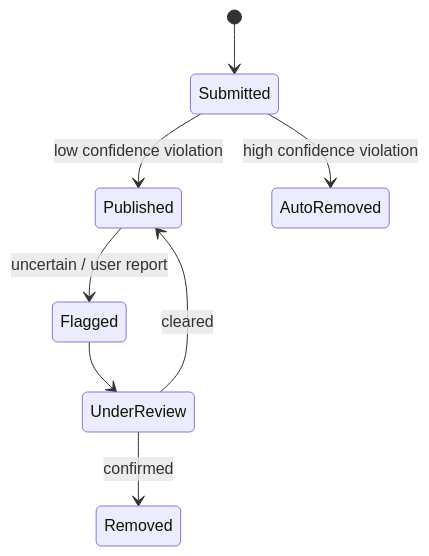
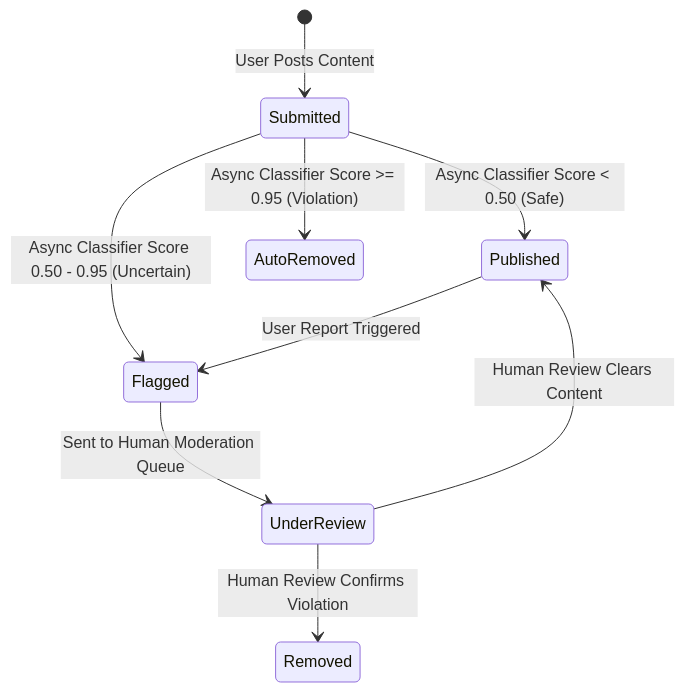
One commit to riyaz-pasha/Learnings changed diagram 12 of 15 in system-design/HLD/0-course/27-Design Quora-FAANG-Guide-story.md. Above: the diagram before and after it, drawn with Mermaid. The commit also changed other lines of this file and 1 other file, not shown here.

Commit message:
docs: simplify language, expand examples, and fix mermaid diagrams in Quora guide

````diff
--- a/system-design/HLD/0-course/27-Design Quora-FAANG-Guide-story.md
+++ b/system-design/HLD/0-course/27-Design Quora-FAANG-Guide-story.md
@@ -311,10 +658,14 @@
 ```mermaid
 stateDiagram-v2
-    [*] --> Submitted
-    Submitted --> Published: low confidence violation
-    Submitted --> AutoRemoved: high confidence violation
-    Published --> Flagged: uncertain / user report
-    Flagged --> UnderReview
-    UnderReview --> Published: cleared
-    UnderReview --> Removed: confirmed
+    [*] --> Submitted: User Posts Content
+    
+    Submitted --> Published: Async Classifier Score < 0.50 (Safe)
+    Submitted --> AutoRemoved: Async Classifier Score >= 0.95 (Violation)
+    Submitted --> Flagged: Async Classifier Score 0.50 - 0.95 (Uncertain)
+    
+    Flagged --> UnderReview: Sent to Human Moderation Queue
+    Published --> Flagged: User Report Triggered
+    
+    UnderReview --> Published: Human Review Clears Content
+    UnderReview --> Removed: Human Review Confirms Violation
 ```
````
